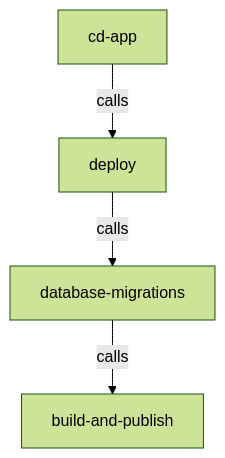
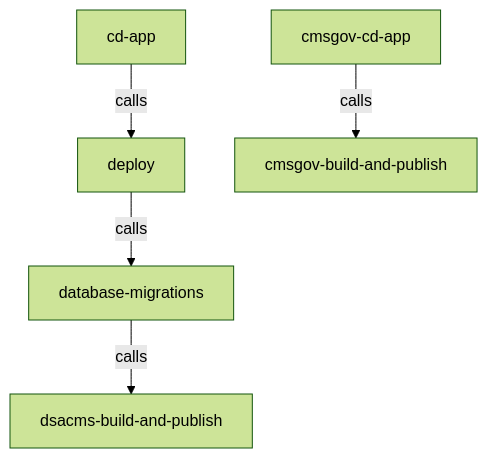
Before and after one commit to DSACMS/iv-cbv-payroll: the diagram in .github/workflows/README.md, drawn with Mermaid (forest theme). The commit also changed other lines of this file and 6 other files, not shown here.

````diff
--- a/.github/workflows/README.md
+++ b/.github/workflows/README.md
@@ -38,9 +40,12 @@
 ```mermaid
 graph TD
   cd-app
   deploy
   database-migrations
-  build-and-publish
+  dsacms-build-and-publish
+  cmsgov-cd-app
+  cmsgov-build-and-publish
 
-  cd-app-->|calls|deploy-->|calls|database-migrations-->|calls|build-and-publish
+  cd-app-->|calls|deploy-->|calls|database-migrations-->|calls|dsacms-build-and-publish
+  cmsgov-cd-app-->|calls|cmsgov-build-and-publish
 ```
````
